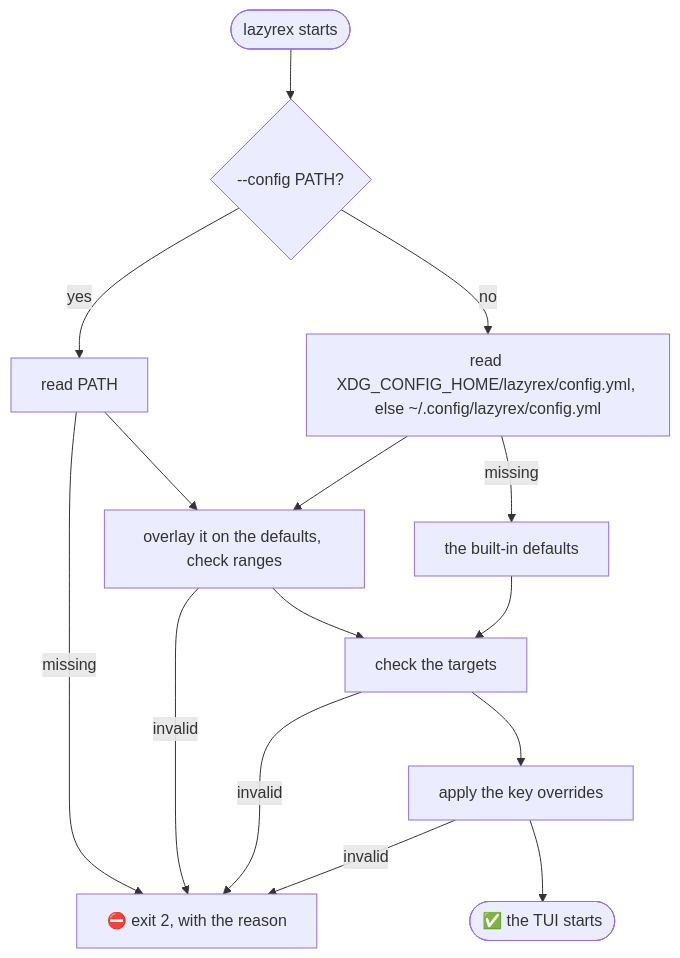
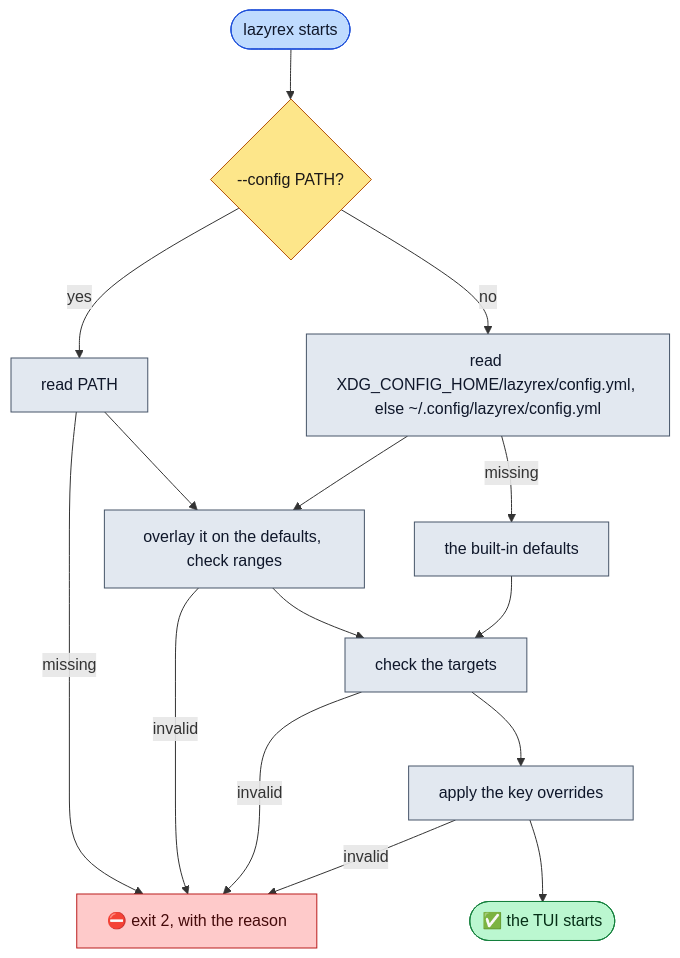
The diagram in docs/configuration.md (rbobillot/lazyrex), drawn with Mermaid before and after one commit. The commit also changed 11 other files, not shown here.

Commit message:
docs: color the mermaid diagrams

````diff
--- a/docs/configuration.md
+++ b/docs/configuration.md
@@ -7,17 +7,29 @@
 ```mermaid
 flowchart TB
     start(["lazyrex starts"]) --> given{"--config PATH?"}
     given -->|"yes"| explicit["read PATH"]
     given -->|"no"| implicit["read XDG_CONFIG_HOME/lazyrex/config.yml, else ~/.config/lazyrex/config.yml"]
     explicit -->|"missing"| fail["⛔ exit 2, with the reason"]
     implicit -->|"missing"| defaults["the built-in defaults"]
     explicit --> parse["overlay it on the defaults, check ranges"]
     implicit --> parse
     parse -->|"invalid"| fail
     parse --> targets["check the targets"]
     defaults --> targets
     targets -->|"invalid"| fail
     targets --> keys["apply the key overrides"]
     keys -->|"invalid"| fail
     keys --> run(["✅ the TUI starts"])
+    classDef entry fill:#bfdbfe,stroke:#1d4ed8,color:#0f172a
+    classDef step fill:#e2e8f0,stroke:#475569,color:#0f172a
+    classDef decision fill:#fde68a,stroke:#b45309,color:#1c1917
+    classDef caution fill:#fed7aa,stroke:#c2410c,color:#1c1917
+    classDef success fill:#bbf7d0,stroke:#15803d,color:#052e16
+    classDef failure fill:#fecaca,stroke:#b91c1c,color:#450a0a
+    classDef rexside fill:#99f6e4,stroke:#0f766e,color:#042f2e
+    class start entry
+    class given decision
+    class explicit,implicit,defaults,parse,targets,keys step
+    class fail failure
+    class run success
 ```
````
